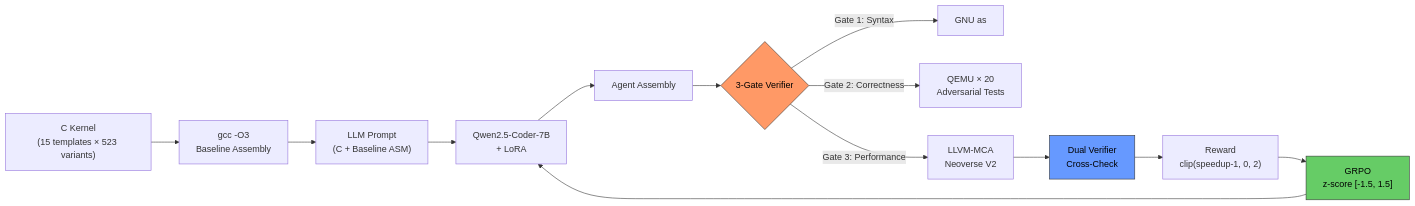
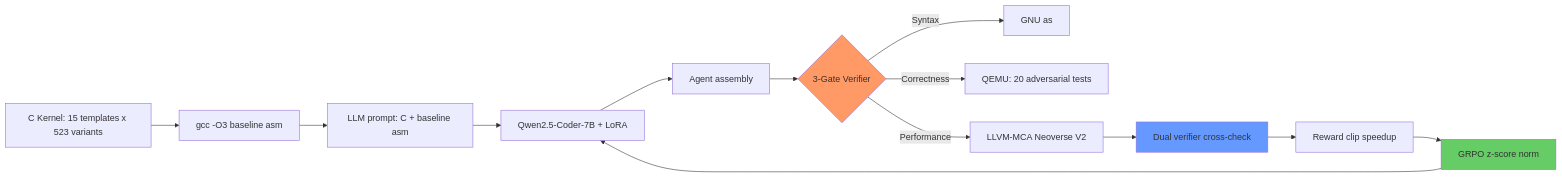
The first of 3 diagrams in README.md (ka-ori/arm-gym), drawn with Mermaid before and after one commit. The commit also changed other lines of this file and 1 other file, not shown here.

First line of the commit message:
docs: fix Mermaid diagrams for HF/GitHub (graph LR, ASCII labels)

````diff
--- a/README.md
+++ b/README.md
@@ -42,19 +42,18 @@
 ```mermaid
-flowchart LR
-    A["C Kernel<br/>(15 templates × 523 variants)"] --> B["gcc -O3<br/>Baseline Assembly"]
-    B --> C["LLM Prompt<br/>(C + Baseline ASM)"]
-    C --> D["Qwen2.5-Coder-7B<br/>+ LoRA"]
-    D --> E["Agent Assembly"]
+graph LR
+    A["C Kernel: 15 templates x 523 variants"] --> B["gcc -O3 baseline asm"]
+    B --> C["LLM prompt: C + baseline asm"]
+    C --> D["Qwen2.5-Coder-7B + LoRA"]
+    D --> E["Agent assembly"]
     E --> F{"3-Gate Verifier"}
-    F -->|"Gate 1: Syntax"| G["GNU as"]
-    F -->|"Gate 2: Correctness"| H["QEMU × 20<br/>Adversarial Tests"]
-    F -->|"Gate 3: Performance"| I["LLVM-MCA<br/>Neoverse V2"]
-    I --> J["Dual Verifier<br/>Cross-Check"]
-    J --> K["Reward<br/>clip(speedup-1, 0, 2)"]
-    K --> L["GRPO<br/>z-score [-1.5, 1.5]"]
+    F -->|Syntax| G["GNU as"]
+    F -->|Correctness| H["QEMU: 20 adversarial tests"]
+    F -->|Performance| I["LLVM-MCA Neoverse V2"]
+    I --> J["Dual verifier cross-check"]
+    J --> K["Reward clip speedup"]
+    K --> L["GRPO z-score norm"]
     L --> D
-
-    style F fill:#f96,stroke:#333,color:#000
-    style J fill:#69f,stroke:#333,color:#000
-    style L fill:#6c6,stroke:#333,color:#000
+    style F fill:#ff9966
+    style J fill:#6699ff
+    style L fill:#66cc66
 ```
````
